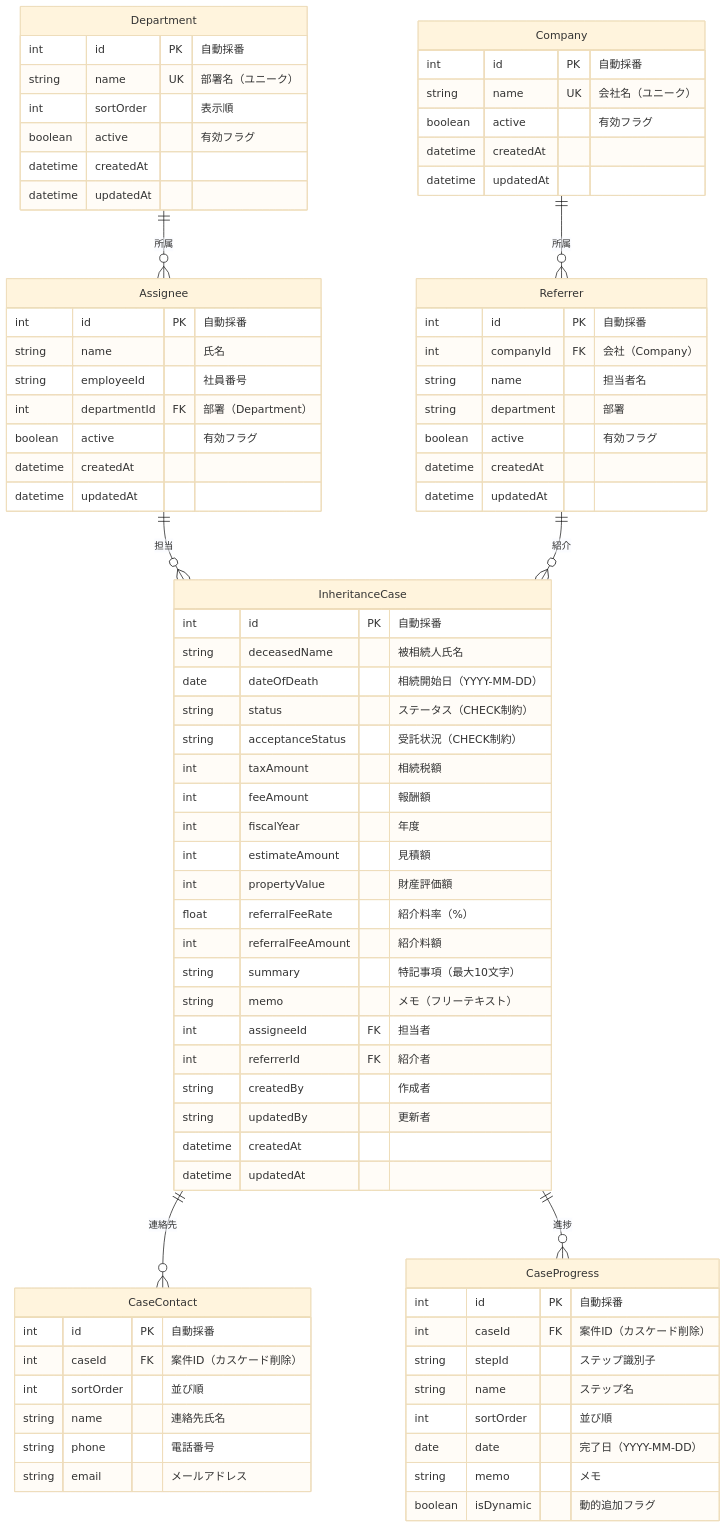
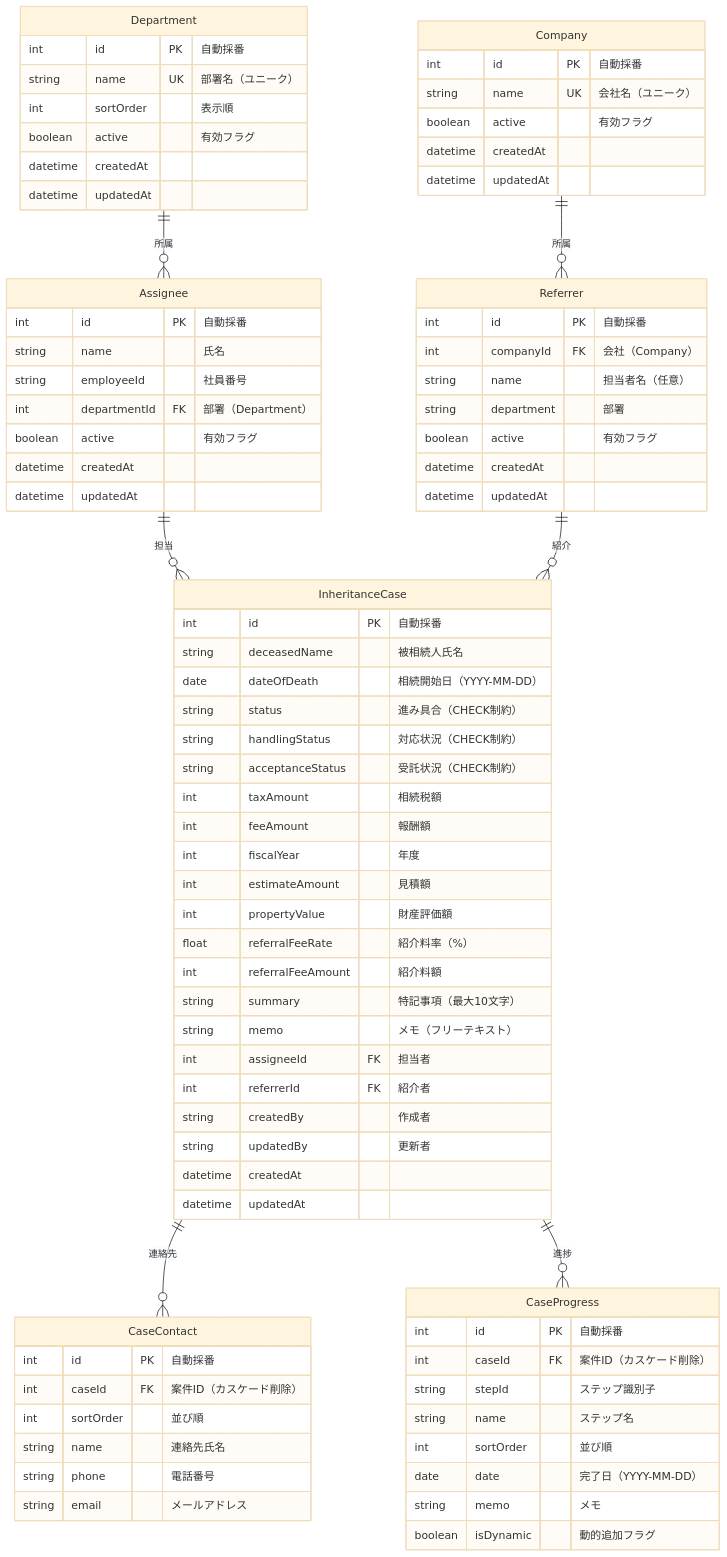
One commit to kojima1978/tax_apps changed the diagram in apps/inheritance-case-management/README.md. Above: the diagram before and after it, drawn with Mermaid (base theme). The commit also changed other lines of this file and 35 other files, not shown here.

```diff
--- a/apps/inheritance-case-management/README.md
+++ b/apps/inheritance-case-management/README.md
@@ -365,7 +380,7 @@
     Referrer {
         int id PK "自動採番"
         int companyId FK "会社（Company）"
-        string name "担当者名"
+        string name "担当者名（任意）"
         string department "部署"
         boolean active "有効フラグ"
         datetime createdAt
@@ -376,7 +391,8 @@
         int id PK "自動採番"
         string deceasedName "被相続人氏名"
         date dateOfDeath "相続開始日（YYYY-MM-DD）"
-        string status "ステータス（CHECK制約）"
+        string status "進み具合（CHECK制約）"
+        string handlingStatus "対応状況（CHECK制約）"
         string acceptanceStatus "受託状況（CHECK制約）"
         int taxAmount "相続税額"
         int feeAmount "報酬額"
```
